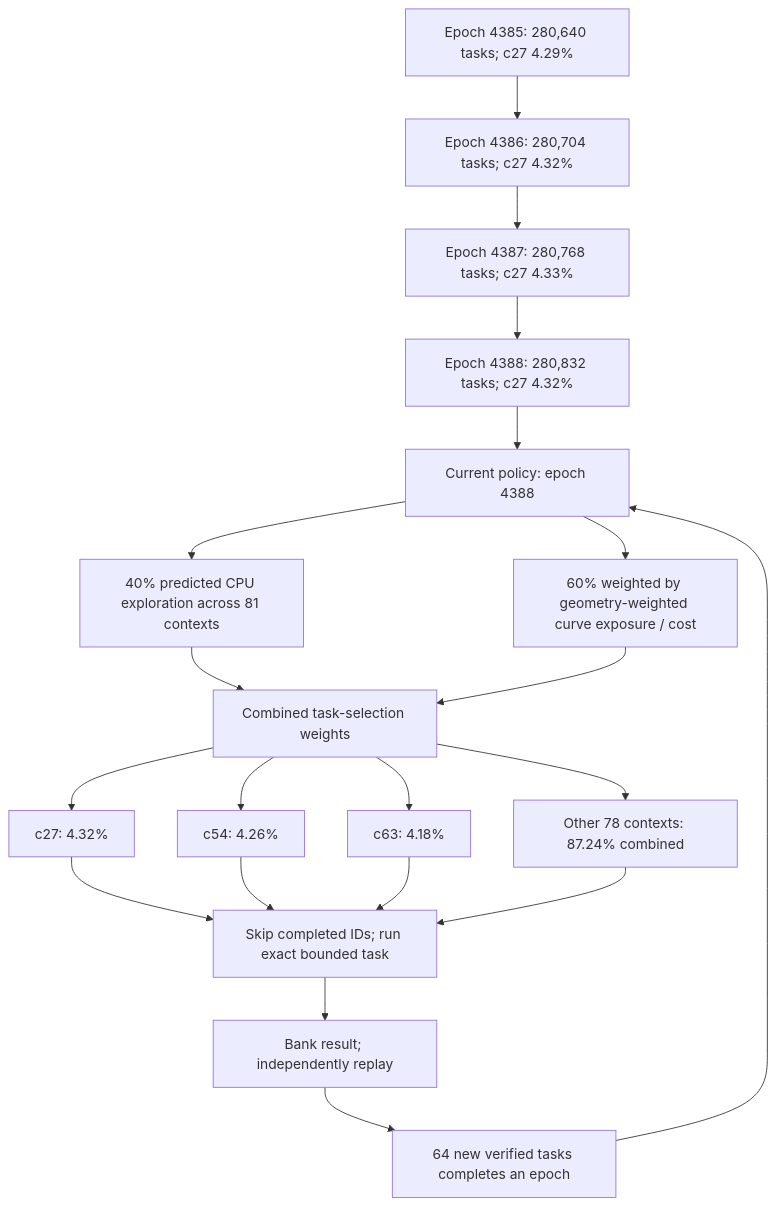
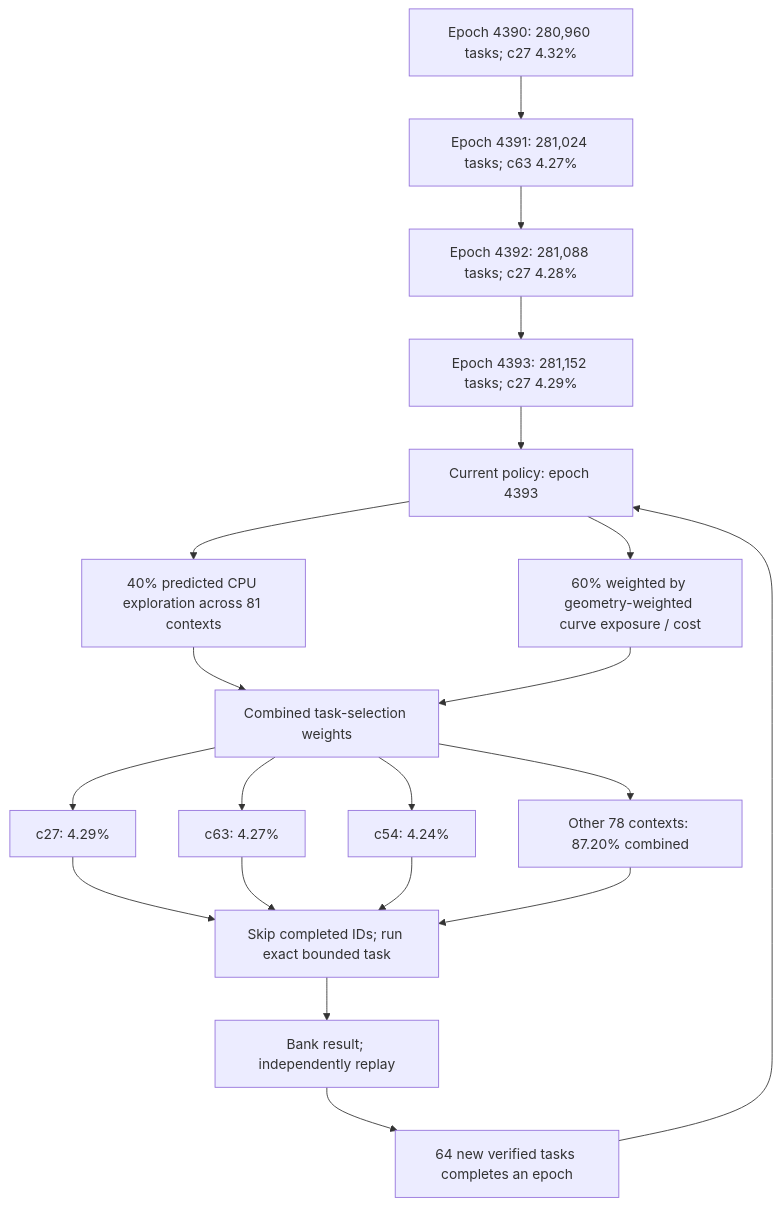
One commit to Kuberwastaken/math-gambling changed the first of 3 diagrams in README.md. Above: the diagram before and after it, drawn with Mermaid. The commit also changed other lines of this file and 3555 other files, not shown here.

````diff
--- a/README.md
+++ b/README.md
@@ -60,27 +60,27 @@
 ```mermaid
 flowchart TD
-    H0["Epoch 4385: 280,640 tasks; c27 4.29%"]
-    H1["Epoch 4386: 280,704 tasks; c27 4.32%"]
+    H0["Epoch 4390: 280,960 tasks; c27 4.32%"]
+    H1["Epoch 4391: 281,024 tasks; c63 4.27%"]
     H0 --> H1
-    H2["Epoch 4387: 280,768 tasks; c27 4.33%"]
+    H2["Epoch 4392: 281,088 tasks; c27 4.28%"]
     H1 --> H2
-    H3["Epoch 4388: 280,832 tasks; c27 4.32%"]
+    H3["Epoch 4393: 281,152 tasks; c27 4.29%"]
     H2 --> H3
-    Policy["Current policy: epoch 4388"]
+    Policy["Current policy: epoch 4393"]
     H3 --> Policy
     Policy --> Explore["40% predicted CPU exploration across 81 contexts"]
     Policy --> Cost["60% weighted by geometry-weighted curve exposure / cost"]
     Explore --> Mix["Combined task-selection weights"]
     Cost --> Mix
-    Mix --> C0["c27: 4.32%"]
-    Mix --> C1["c54: 4.26%"]
-    Mix --> C2["c63: 4.18%"]
-    Mix --> Rest["Other 78 contexts: 87.24% combined"]
+    Mix --> C0["c27: 4.29%"]
+    Mix --> C1["c63: 4.27%"]
+    Mix --> C2["c54: 4.24%"]
+    Mix --> Rest["Other 78 contexts: 87.20% combined"]
     C0 --> Check["Skip completed IDs; run exact bounded task"]
     C1 --> Check
     C2 --> Check
     Rest --> Check
     Check --> Replay["Bank result; independently replay"]
     Replay --> Gate["64 new verified tasks completes an epoch"]
     Gate --> Policy
 ```
````
